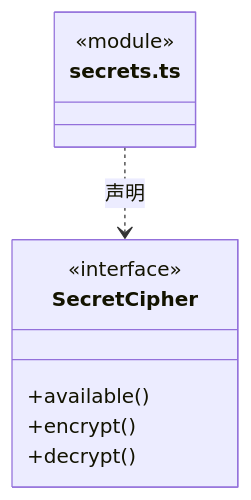
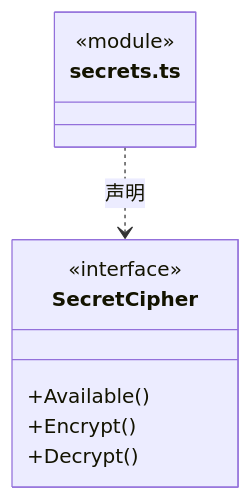
Before and after one commit to nan023062/cbim: the diagram in src/core/contracts/ARCHITECTURE.md, drawn with Mermaid. The commit also changed 1035 other files, not shown here.

````diff
--- a/src/core/contracts/ARCHITECTURE.md
+++ b/src/core/contracts/ARCHITECTURE.md
@@ -23,13 +23,13 @@
 ```mermaid
 classDiagram
 class N_src_core_contracts_secrets_ts["secrets.ts"] {
   <<module>>
 }
 class N_src_core_contracts_secrets_ts_SecretCipher["SecretCipher"] {
   <<interface>>
-  +available()
-  +encrypt()
-  +decrypt()
+  +Available()
+  +Encrypt()
+  +Decrypt()
 }
 N_src_core_contracts_secrets_ts ..> N_src_core_contracts_secrets_ts_SecretCipher : 声明
 ```
````
